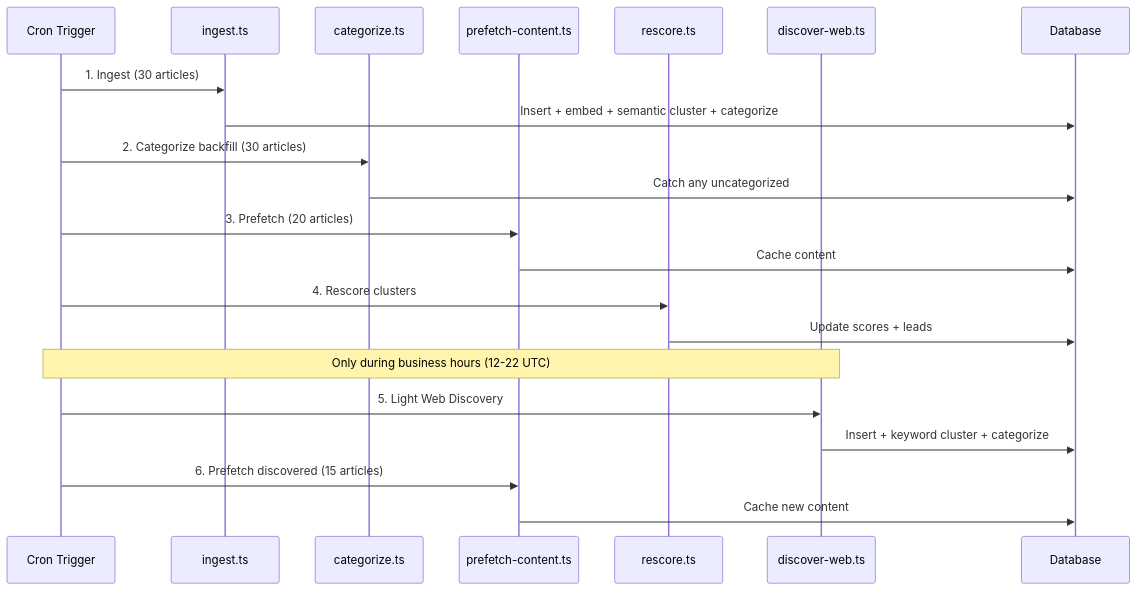
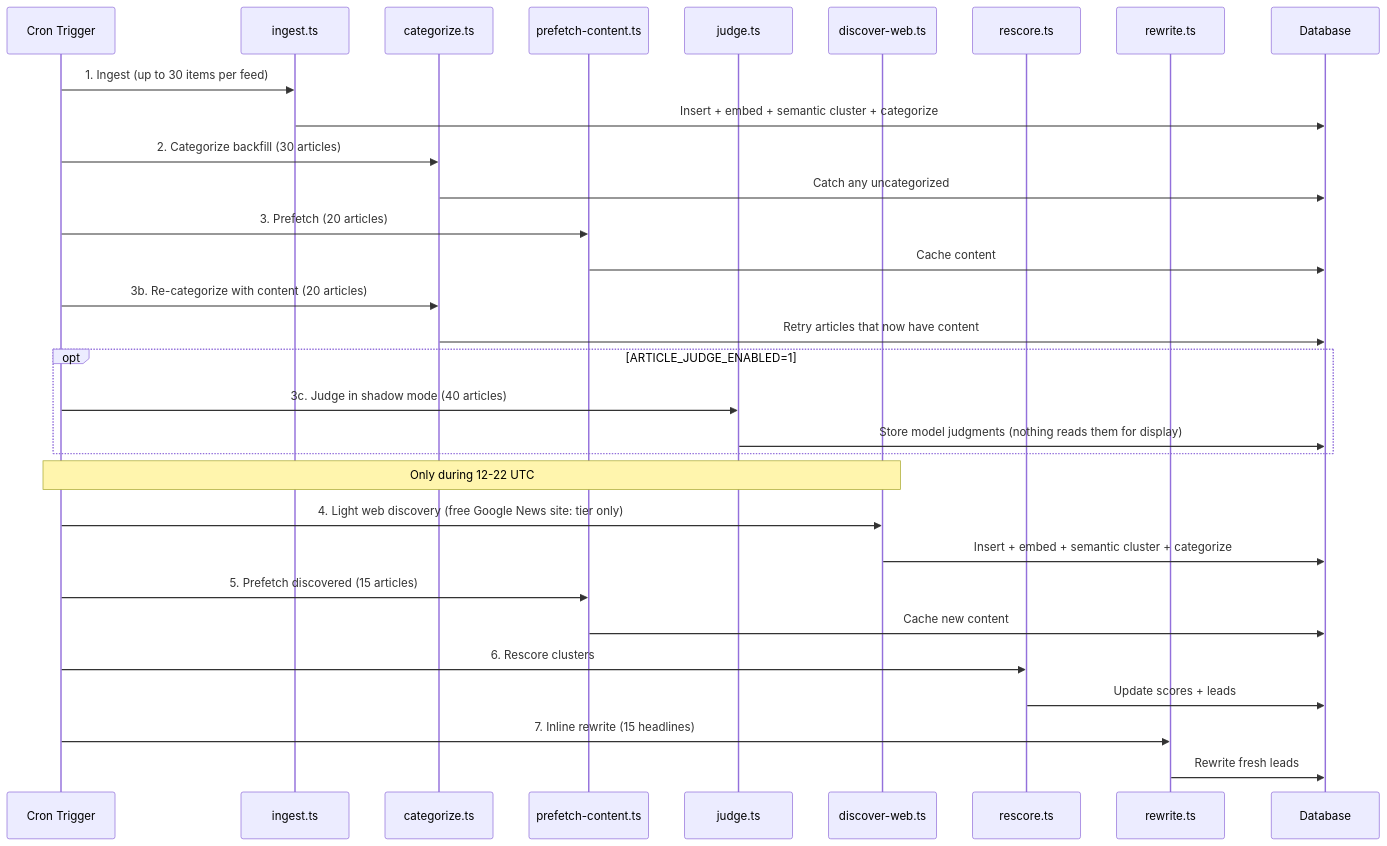
The fourth of 9 diagrams in README.md (dwahbe/climate-river), drawn with Mermaid before and after one commit. The commit also changed other lines of this file and 54 other files, not shown here.

````diff
--- a/README.md
+++ b/README.md
@@ -173,29 +198,42 @@
 ```mermaid
 sequenceDiagram
     participant C as Cron Trigger
     participant I as ingest.ts
     participant CA as categorize.ts
     participant P as prefetch-content.ts
+    participant J as judge.ts
+    participant W as discover-web.ts
     participant R as rescore.ts
-    participant W as discover-web.ts
+    participant RW as rewrite.ts
     participant DB as Database
 
-    C->>I: 1. Ingest (30 articles)
+    C->>I: 1. Ingest (up to 30 items per feed)
     I->>DB: Insert + embed + semantic cluster + categorize
 
     C->>CA: 2. Categorize backfill (30 articles)
     CA->>DB: Catch any uncategorized
 
     C->>P: 3. Prefetch (20 articles)
     P->>DB: Cache content
 
-    C->>R: 4. Rescore clusters
+    C->>CA: 3b. Re-categorize with content (20 articles)
+    CA->>DB: Retry articles that now have content
+
+    opt ARTICLE_JUDGE_ENABLED=1
+        C->>J: 3c. Judge in shadow mode (40 articles)
+        J->>DB: Store model judgments (nothing reads them for display)
+    end
+
+    Note over C,W: Only during 12-22 UTC
+    C->>W: 4. Light web discovery (free Google News site: tier only)
+    W->>DB: Insert + embed + semantic cluster + categorize
+
+    C->>P: 5. Prefetch discovered (15 articles)
+    P->>DB: Cache new content
+
+    C->>R: 6. Rescore clusters
     R->>DB: Update scores + leads
 
-    Note over C,W: Only during business hours (12-22 UTC)
-    C->>W: 5. Light Web Discovery
-    W->>DB: Insert + keyword cluster + categorize
-
-    C->>P: 6. Prefetch discovered (15 articles)
-    P->>DB: Cache new content
+    C->>RW: 7. Inline rewrite (15 headlines)
+    RW->>DB: Rewrite fresh leads
 ```
````
